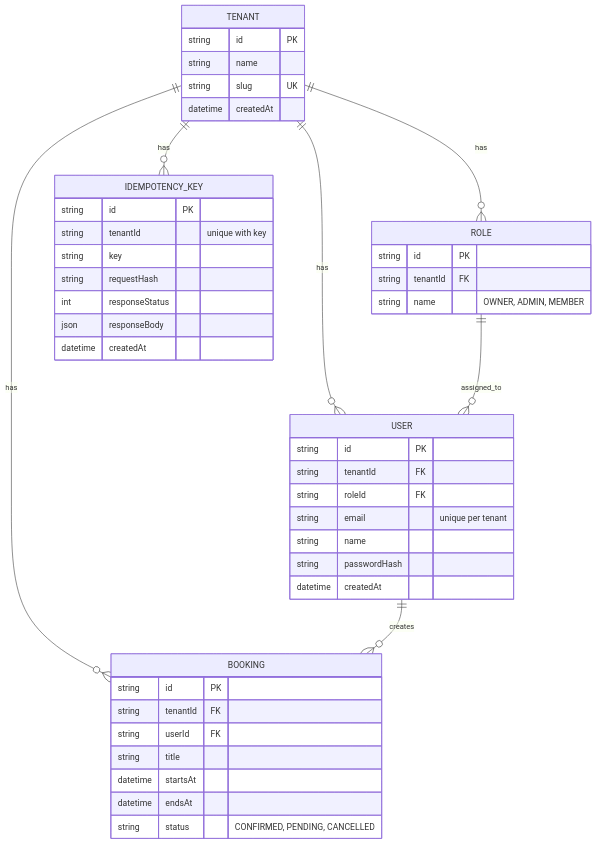
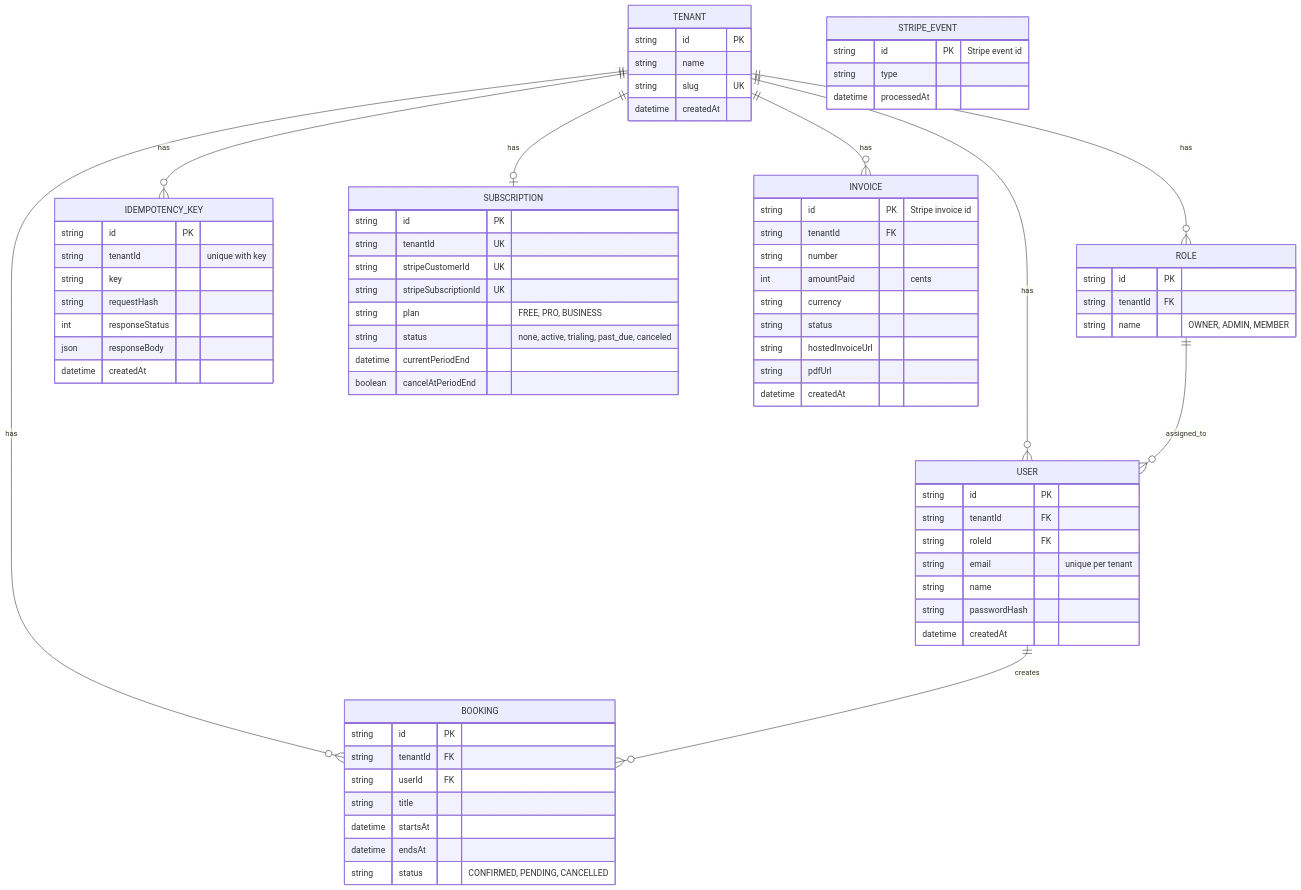
Before and after one commit to Tooba-Tanvir/tenantbook: the second of 3 diagrams in README.md, drawn with Mermaid. The commit also changed other lines of this file and 16 other files, not shown here.

````diff
--- a/README.md
+++ b/README.md
@@ -84,48 +148,76 @@
 ```mermaid
 erDiagram
   TENANT ||--o{ ROLE : has
   TENANT ||--o{ USER : has
   TENANT ||--o{ BOOKING : has
   TENANT ||--o{ IDEMPOTENCY_KEY : has
+  TENANT ||--o| SUBSCRIPTION : has
+  TENANT ||--o{ INVOICE : has
   ROLE ||--o{ USER : assigned_to
   USER ||--o{ BOOKING : creates
 
   TENANT {
     string id PK
     string name
     string slug UK
     datetime createdAt
   }
   ROLE {
     string id PK
     string tenantId FK
     string name "OWNER, ADMIN, MEMBER"
   }
   USER {
     string id PK
     string tenantId FK
     string roleId FK
     string email "unique per tenant"
     string name
     string passwordHash
     datetime createdAt
   }
   BOOKING {
     string id PK
     string tenantId FK
     string userId FK
     string title
     datetime startsAt
     datetime endsAt
     string status "CONFIRMED, PENDING, CANCELLED"
   }
   IDEMPOTENCY_KEY {
     string id PK
     string tenantId "unique with key"
     string key
     string requestHash
     int responseStatus
     json responseBody
     datetime createdAt
   }
+  SUBSCRIPTION {
+    string id PK
+    string tenantId UK
+    string stripeCustomerId UK
+    string stripeSubscriptionId UK
+    string plan "FREE, PRO, BUSINESS"
+    string status "none, active, trialing, past_due, canceled"
+    datetime currentPeriodEnd
+    boolean cancelAtPeriodEnd
+  }
+  INVOICE {
+    string id PK "Stripe invoice id"
+    string tenantId FK
+    string number
+    int amountPaid "cents"
+    string currency
+    string status
+    string hostedInvoiceUrl
+    string pdfUrl
+    datetime createdAt
+  }
+  STRIPE_EVENT {
+    string id PK "Stripe event id"
+    string type
+    datetime processedAt
+  }
 ```
````
